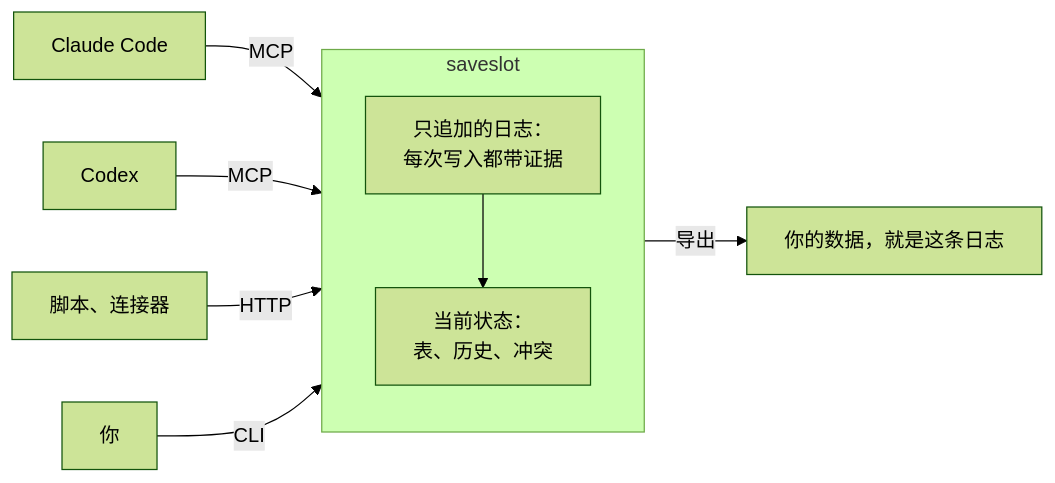
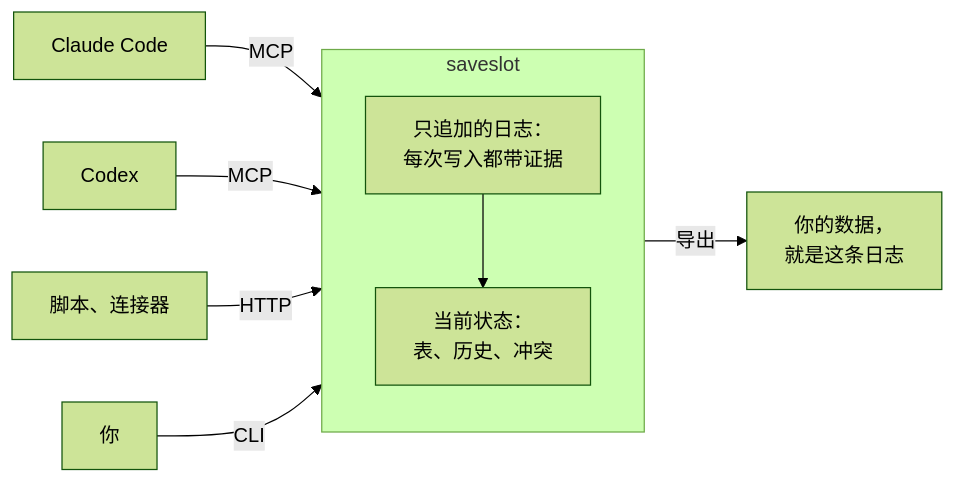
The diagram in README.zh-CN.md (fluxvita/saveslot), drawn with Mermaid (forest theme) before and after one commit. The commit also changed other lines of this file and 1 other file, not shown here.

````diff
--- a/README.zh-CN.md
+++ b/README.zh-CN.md
@@ -39,12 +39,12 @@
 ```mermaid
 flowchart LR
   A1["Claude Code"] -- MCP --> S
   A2["Codex"] -- MCP --> S
   A3["脚本、连接器"] -- HTTP --> S
   P["你"] -- CLI --> S
   subgraph S["saveslot"]
     direction TB
     L["只追加的日志：<br/>每次写入都带证据"] --> T["当前状态：<br/>表、历史、冲突"]
   end
-  L -- "导出" --> E["你的数据，就是这条日志"]
+  L -- "导出" --> E["你的数据，<br/>就是这条日志"]
 ```
````
